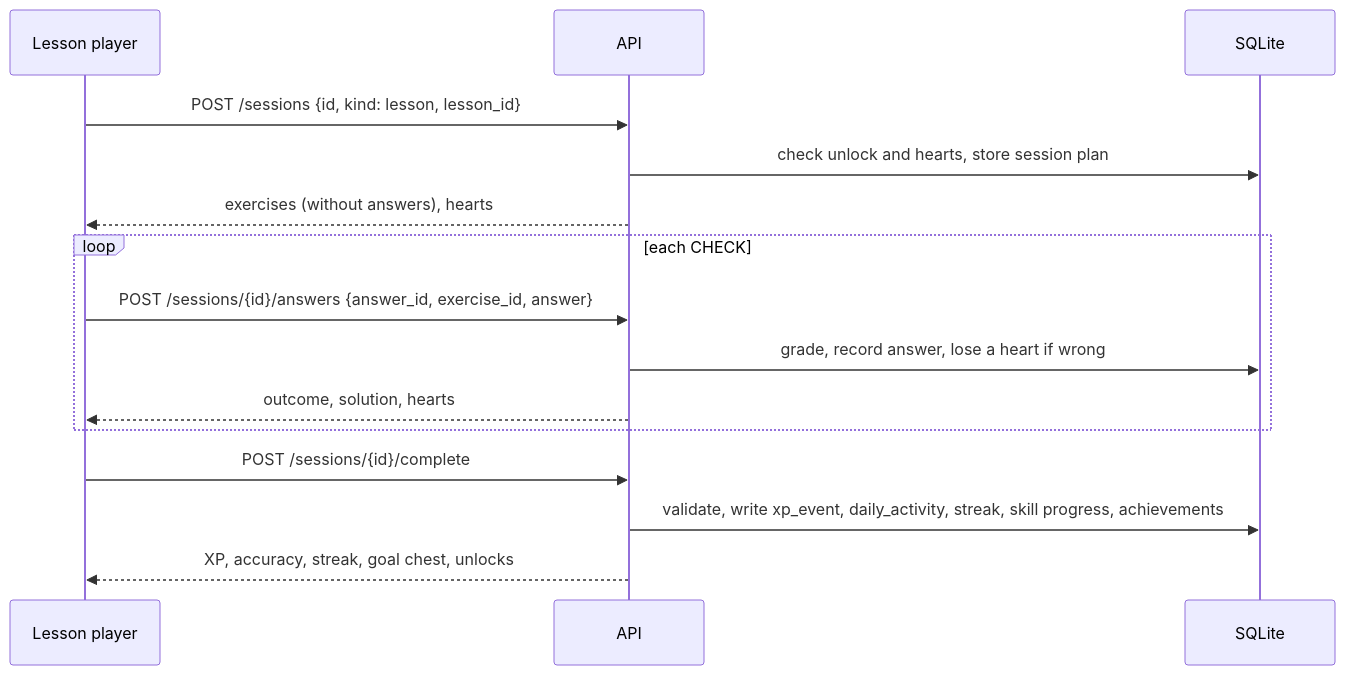
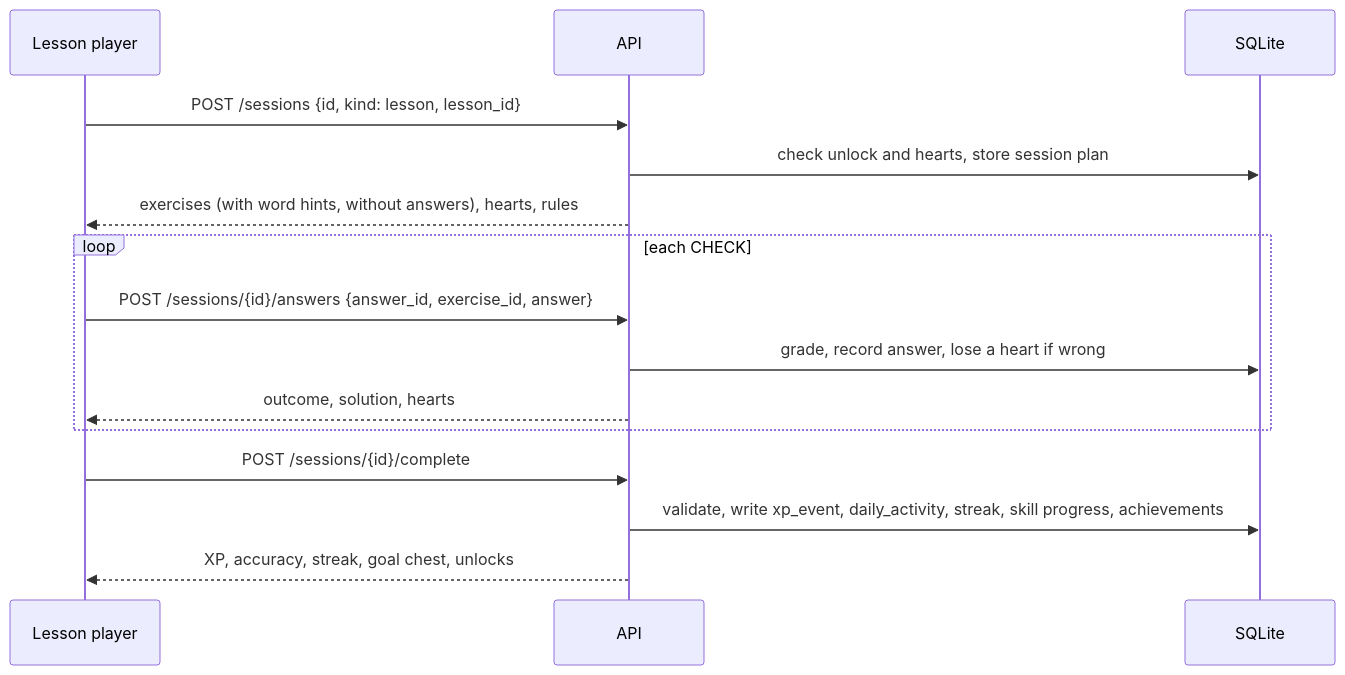
Before and after one commit to ParthBiyani/Duolingo_Web_App: the second of 2 diagrams in docs/architecture.md, drawn with Mermaid. The commit also changed other lines of this file and 10 other files, not shown here.

Commit message:
docs: align architecture, database, game rules, deployment and adrs with the code

````diff
--- a/docs/architecture.md
+++ b/docs/architecture.md
@@ -42,17 +56,17 @@
 ```mermaid
 sequenceDiagram
   participant P as Lesson player
   participant A as API
   participant D as SQLite
   P->>A: POST /sessions {id, kind: lesson, lesson_id}
   A->>D: check unlock and hearts, store session plan
-  A-->>P: exercises (without answers), hearts
+  A-->>P: exercises (with word hints, without answers), hearts, rules
   loop each CHECK
     P->>A: POST /sessions/{id}/answers {answer_id, exercise_id, answer}
     A->>D: grade, record answer, lose a heart if wrong
     A-->>P: outcome, solution, hearts
   end
   P->>A: POST /sessions/{id}/complete
   A->>D: validate, write xp_event, daily_activity, streak, skill progress, achievements
   A-->>P: XP, accuracy, streak, goal chest, unlocks
 ```
````
